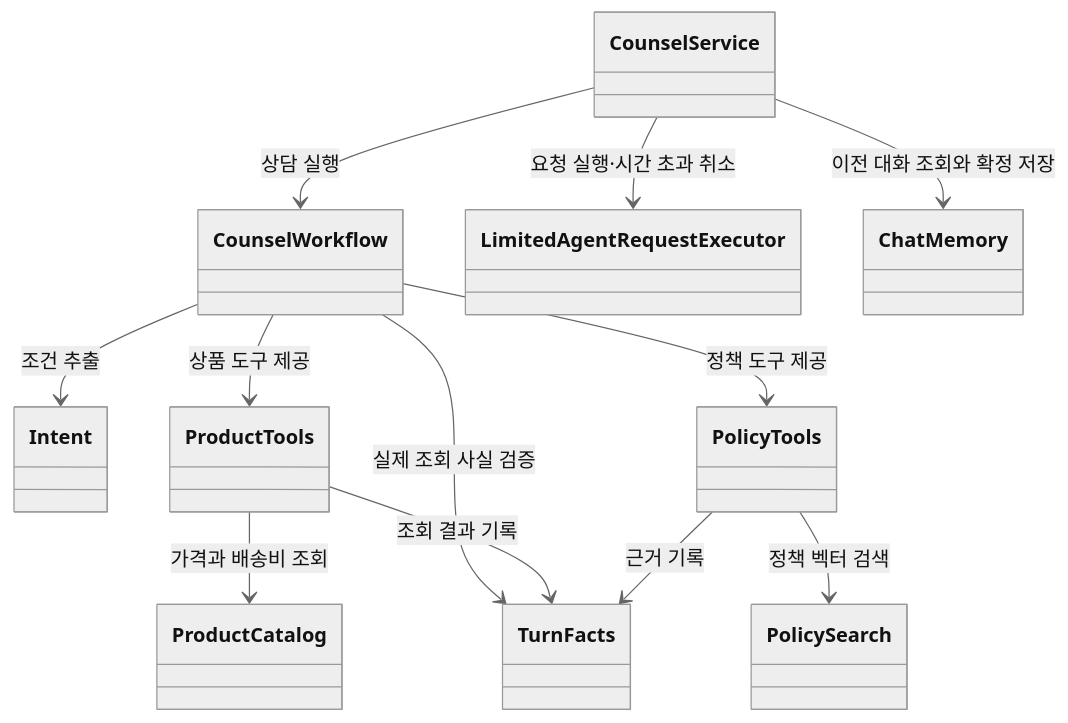
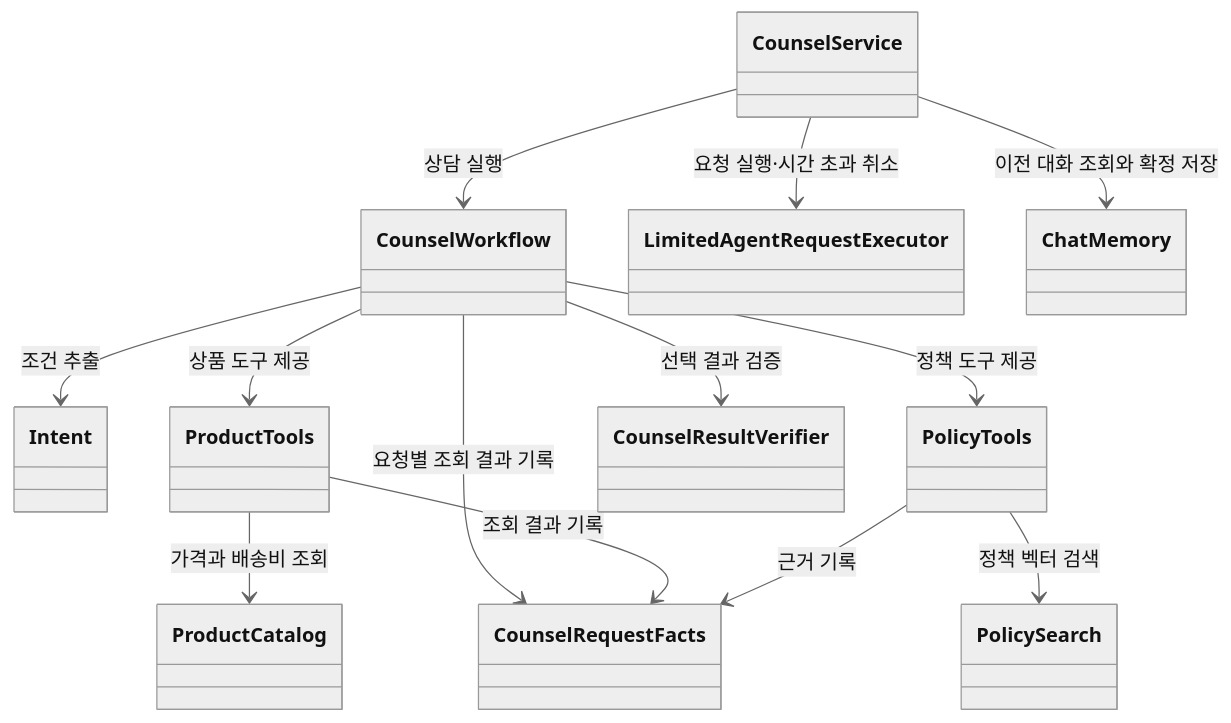
The first of 2 diagrams in Spring-AI-Agent-Learning/docs/lessons/13-shopping-agent/01-map.md (Justin-ad-Park/SpringShoppingAI), drawn with Mermaid (neutral theme) before and after one commit. The commit also changed other lines of this file and 23 other files, not shown here.

````diff
--- a/Spring-AI-Agent-Learning/docs/lessons/13-shopping-agent/01-map.md
+++ b/Spring-AI-Agent-Learning/docs/lessons/13-shopping-agent/01-map.md
@@ -35,14 +35,15 @@
 ```mermaid
 classDiagram
     CounselService --> CounselWorkflow : 상담 실행
     CounselService --> LimitedAgentRequestExecutor : 요청 실행·시간 초과 취소
     CounselWorkflow --> Intent : 조건 추출
     CounselService --> ChatMemory : 이전 대화 조회와 확정 저장
     CounselWorkflow --> ProductTools : 상품 도구 제공
     CounselWorkflow --> PolicyTools : 정책 도구 제공
-    CounselWorkflow --> TurnFacts : 실제 조회 사실 검증
+    CounselWorkflow --> CounselRequestFacts : 요청별 조회 결과 기록
+    CounselWorkflow --> CounselResultVerifier : 선택 결과 검증
     ProductTools --> ProductCatalog : 가격과 배송비 조회
-    ProductTools --> TurnFacts : 조회 결과 기록
+    ProductTools --> CounselRequestFacts : 조회 결과 기록
     PolicyTools --> PolicySearch : 정책 벡터 검색
-    PolicyTools --> TurnFacts : 근거 기록
+    PolicyTools --> CounselRequestFacts : 근거 기록
 ```
````
